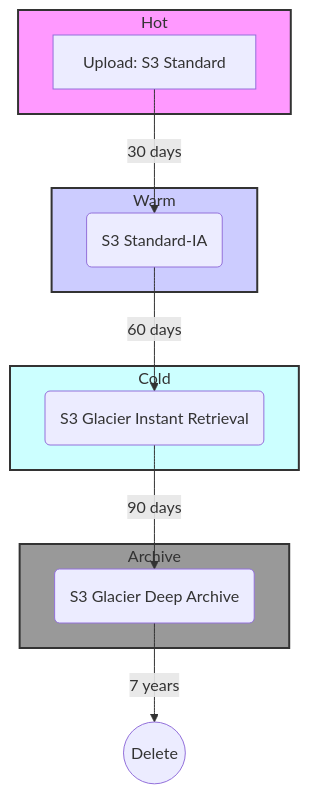
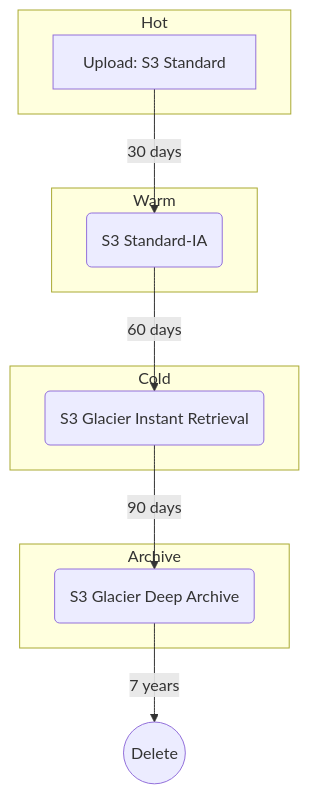
The diagram in aws/notes/s3-data-lifecycle.md (ZwiiDoan/system-design-training), drawn with Mermaid before and after one commit. The commit also changed 4 other files, not shown here.

Commit message:
Next‑Gen Solution Architect - Month 1

````diff
--- a/aws/notes/s3-data-lifecycle.md
+++ b/aws/notes/s3-data-lifecycle.md
@@ -13,25 +13,20 @@
 ```mermaid
 graph TD
     A[Upload: S3 Standard] -- 30 days --> B(S3 Standard-IA);
     B -- 60 days --> C(S3 Glacier Instant Retrieval);
     C -- 90 days --> D(S3 Glacier Deep Archive);
     D -- 7 years --> E((Delete));
 
     subgraph Hot
         A
     end
     subgraph Warm
         B
     end
     subgraph Cold
         C
     end
     subgraph Archive
         D
     end
-
-    style Hot fill:#f9f,stroke:#333,stroke-width:2px
-    style Warm fill:#ccf,stroke:#333,stroke-width:2px
-    style Cold fill:#cff,stroke:#333,stroke-width:2px
-    style Archive fill:#999,stroke:#333,stroke-width:2px
 ```
````
